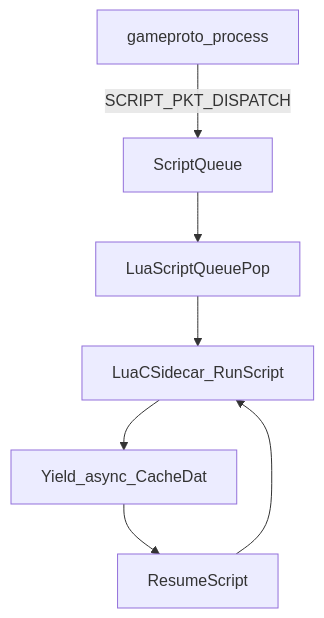
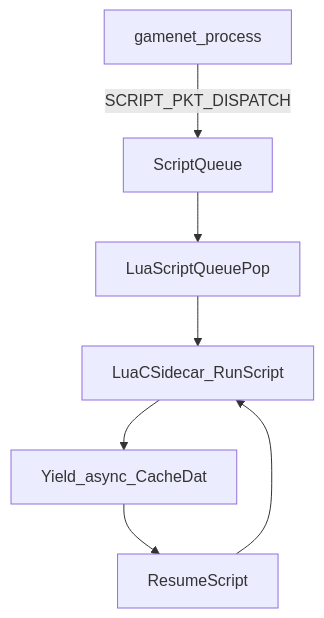
Before and after one commit to MRobertEvers/oldschool-clientc: the sixth of 13 diagrams in docs/C_ARCHITECTURE.md, drawn with Mermaid. The commit also changed other lines of this file and 47 other files, not shown here.

````diff
--- a/docs/C_ARCHITECTURE.md
+++ b/docs/C_ARCHITECTURE.md
@@ -366,15 +366,15 @@
 ```mermaid
 flowchart TB
-  GP[gameproto_process]
+  GP[gamenet_process]
   SQ[ScriptQueue]
   POP[LuaScriptQueuePop]
   RUN[LuaCSidecar_RunScript]
   YLD[Yield_async_CacheDat]
   RES[ResumeScript]
   GP -->|SCRIPT_PKT_DISPATCH| SQ
   SQ --> POP
   POP --> RUN
   RUN --> YLD
   YLD --> RES
   RES --> RUN
 ```
````
